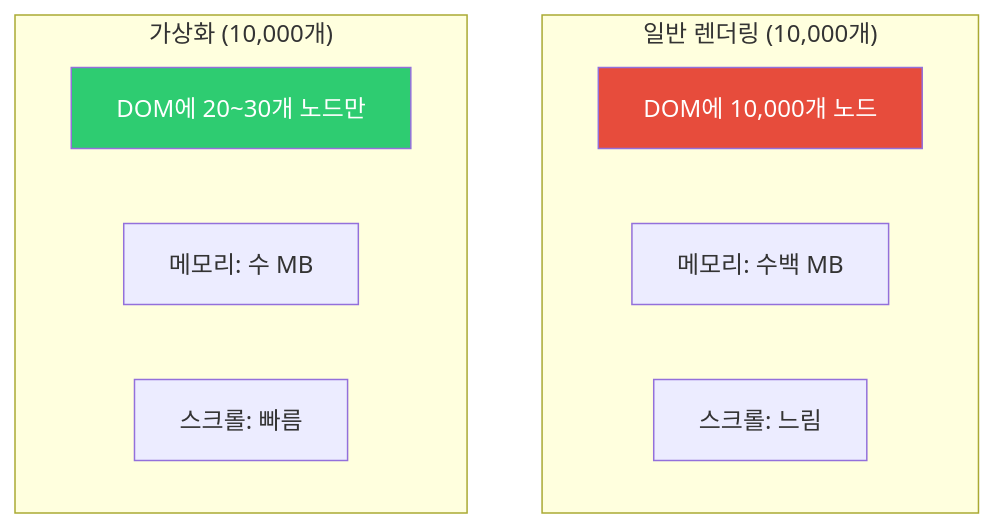
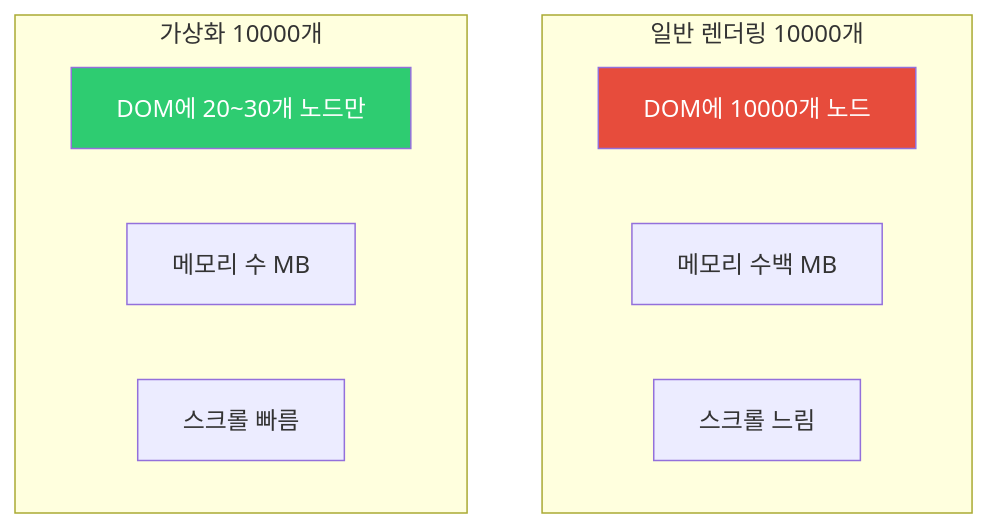
One commit to yjkim2015/yjkim2015.github.io changed the fourth of 5 diagrams in _posts/frontend/2026-05-02-react-performance.md. Above: the diagram before and after it, drawn with Mermaid. The commit also changed other lines of this file and 122 other files, not shown here.

````diff
--- a/_posts/frontend/2026-05-02-react-performance.md
+++ b/_posts/frontend/2026-05-02-react-performance.md
@@ -290,17 +254,17 @@
 ```mermaid
 graph TD
-    subgraph "일반 렌더링 (10,000개)"
-        DOM1["DOM에 10,000개 노드"]
-        MEM1["메모리: 수백 MB"]
-        PERF1["스크롤: 느림"]
+    subgraph "일반 렌더링 10000개"
+        DOM1["DOM에 10000개 노드"]
+        MEM1["메모리 수백 MB"]
+        PERF1["스크롤 느림"]
     end
 
-    subgraph "가상화 (10,000개)"
+    subgraph "가상화 10000개"
         DOM2["DOM에 20~30개 노드만"]
-        MEM2["메모리: 수 MB"]
-        PERF2["스크롤: 빠름"]
+        MEM2["메모리 수 MB"]
+        PERF2["스크롤 빠름"]
     end
 
     style DOM1 fill:#e74c3c,color:#fff
     style DOM2 fill:#2ecc71,color:#fff
 ```
````
